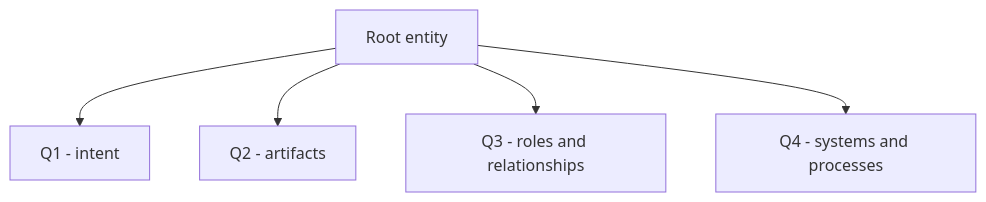
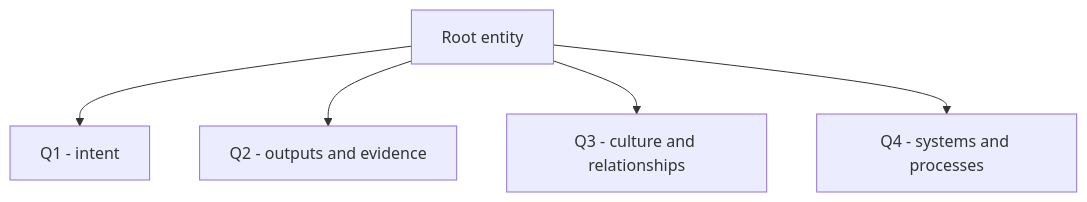
Before and after one commit to kimlage/wiki-viva-kit: the diagram in docs/references/templates/wiki/root-entity.md, drawn with Mermaid. The commit also changed other lines of this file and 15 other files, not shown here.

````diff
--- a/docs/references/templates/wiki/root-entity.md
+++ b/docs/references/templates/wiki/root-entity.md
@@ -83,12 +86,12 @@
 ```mermaid
 flowchart TD
     root["Root entity"]
     q1["Q1 - intent"]
-    q2["Q2 - artifacts"]
-    q3["Q3 - roles and relationships"]
+    q2["Q2 - outputs and evidence"]
+    q3["Q3 - culture and relationships"]
     q4["Q4 - systems and processes"]
     root --> q1
     root --> q2
     root --> q3
     root --> q4
 ```
````
